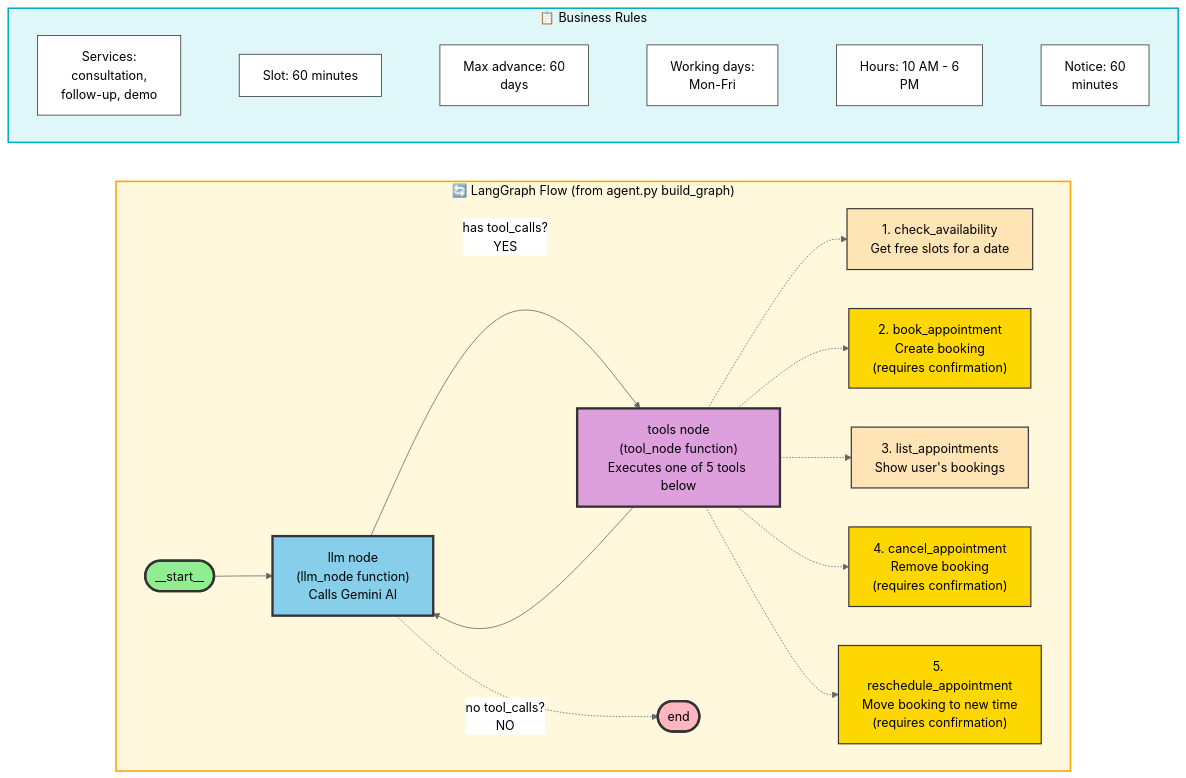
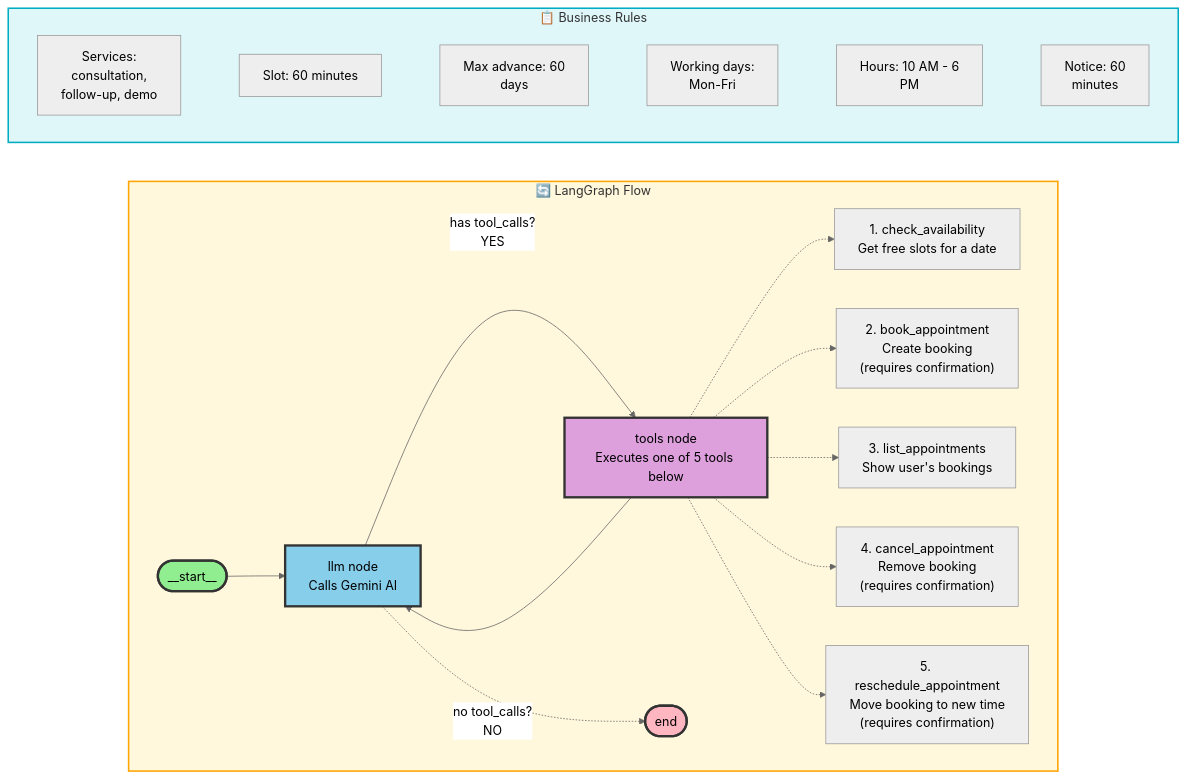
One commit to SoftCr8ors/AI-Appointment-Booking-Agent changed the diagram in README.md. Above: the diagram before and after it, drawn with Mermaid (neutral theme).

Commit message:
Simplify mermaid diagram - remove duplicate tool styles

````diff
--- a/README.md
+++ b/README.md
@@ -28,61 +28,48 @@
 ```mermaid
 flowchart TB
     subgraph RULES["📋 Business Rules"]
         direction LR
         R1["Services:<br/>consultation,<br/>follow-up, demo"]
         R2["Slot: 60 minutes"]
         R3["Max advance: 60<br/>days"]
         R4["Working days:<br/>Mon-Fri"]
         R5["Hours: 10 AM - 6<br/>PM"]
         R6["Notice: 60<br/>minutes"]
 
         R1 ~~~ R2 ~~~ R3 ~~~ R4 ~~~ R5 ~~~ R6
     end
 
-    subgraph FLOW["🔄 LangGraph Flow (from agent.py build_graph)"]
+    subgraph FLOW["🔄 LangGraph Flow"]
         START(["__start__"])
-        LLM["llm node<br/>(llm_node function)<br/>Calls Gemini AI"]
-        TOOLS["tools node<br/>(tool_node function)<br/>Executes one of 5 tools below"]
+        LLM["llm node<br/>Calls Gemini AI"]
+        TOOLS["tools node<br/>Executes one of 5 tools below"]
         END(["end"])
 
         T1["1. check_availability<br/>Get free slots for a date"]
         T2["2. book_appointment<br/>Create booking<br/>(requires confirmation)"]
         T3["3. list_appointments<br/>Show user's bookings"]
         T4["4. cancel_appointment<br/>Remove booking<br/>(requires confirmation)"]
         T5["5. reschedule_appointment<br/>Move booking to new time<br/>(requires confirmation)"]
 
         START --> LLM
         LLM -->|"has tool_calls?<br/>YES"| TOOLS
         LLM -.->|"no tool_calls?<br/>NO"| END
         TOOLS --> LLM
 
         TOOLS -.-> T1
         TOOLS -.-> T2
         TOOLS -.-> T3
         TOOLS -.-> T4
         TOOLS -.-> T5
     end
 
     RULES ~~~ FLOW
 
-    style RULES fill:#E0F7FA,stroke:#00ACC1,stroke-width:2px,color:#000
-    style FLOW fill:#FFF8DC,stroke:#FFA500,stroke-width:2px,color:#000
+    style RULES fill:#E0F7FA,stroke:#00ACC1,stroke-width:2px
+    style FLOW fill:#FFF8DC,stroke:#FFA500,stroke-width:2px
 
-    style START fill:#90EE90,stroke:#333,stroke-width:3px,color:#000
-    style LLM fill:#87CEEB,stroke:#333,stroke-width:3px,color:#000
-    style TOOLS fill:#DDA0DD,stroke:#333,stroke-width:3px,color:#000
-    style END fill:#FFB6C1,stroke:#333,stroke-width:3px,color:#000
-
-    style R1 fill:#FFF,stroke:#333,stroke-width:1px,color:#000
-    style R2 fill:#FFF,stroke:#333,stroke-width:1px,color:#000
-    style R3 fill:#FFF,stroke:#333,stroke-width:1px,color:#000
-    style R4 fill:#FFF,stroke:#333,stroke-width:1px,color:#000
-    style R5 fill:#FFF,stroke:#333,stroke-width:1px,color:#000
-    style R6 fill:#FFF,stroke:#333,stroke-width:1px,color:#000
-
-    style T1 fill:#FFE4B5,stroke:#333,stroke-width:1.5px,color:#000
-    style T2 fill:#FFD700,stroke:#333,stroke-width:1.5px,color:#000
-    style T3 fill:#FFE4B5,stroke:#333,stroke-width:1.5px,color:#000
-    style T4 fill:#FFD700,stroke:#333,stroke-width:1.5px,color:#000
-    style T5 fill:#FFD700,stroke:#333,stroke-width:1.5px,color:#000
+    style START fill:#90EE90,stroke:#333,stroke-width:3px
+    style LLM fill:#87CEEB,stroke:#333,stroke-width:3px
+    style TOOLS fill:#DDA0DD,stroke:#333,stroke-width:3px
+    style END fill:#FFB6C1,stroke:#333,stroke-width:3px
 ```
````
